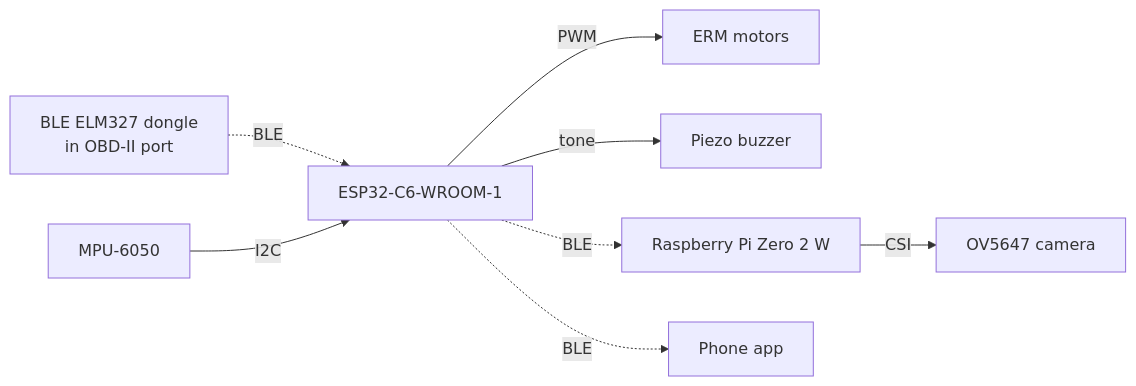
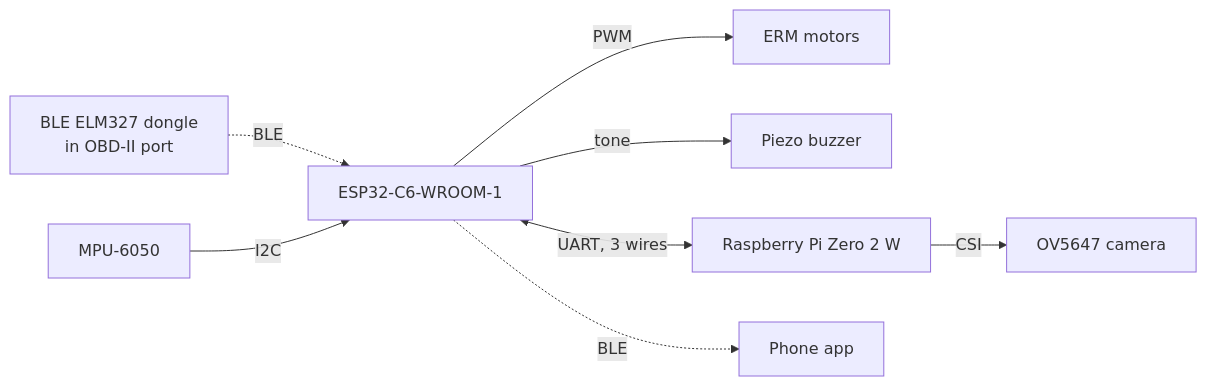
Before and after one commit to KendracNguyen/DRIFTS: the diagram in Hardware/README.md, drawn with Mermaid. The commit also changed other lines of this file and 37 other files, not shown here.

First line of the commit message:
Wired Pi link: UART between the Pi Zero and the ESP32 (firmware v21)

````diff
--- a/Hardware/README.md
+++ b/Hardware/README.md
@@ -13,10 +13,10 @@
 ```mermaid
 flowchart LR
   DONGLE[BLE ELM327 dongle<br/>in OBD-II port] -.BLE.-> C6[ESP32-C6-WROOM-1]
   IMU[MPU-6050] --I2C--> C6
   C6 --PWM--> MOTOR[ERM motors]
   C6 --tone--> BUZZ[Piezo buzzer]
-  C6 -.BLE.-> PI[Raspberry Pi Zero 2 W]
+  C6 <--UART, 3 wires--> PI[Raspberry Pi Zero 2 W]
   C6 -.BLE.-> PHONE[Phone app]
   PI --CSI--> CAM[OV5647 camera]
 ```
````
